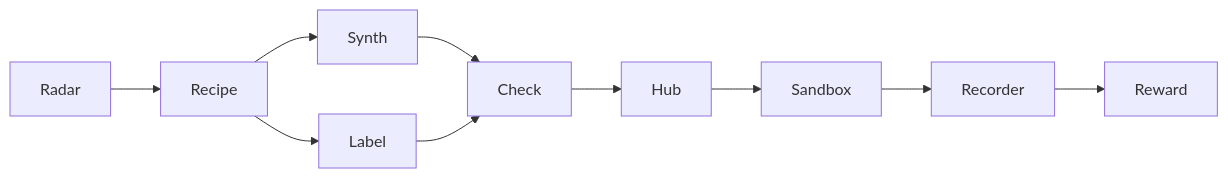
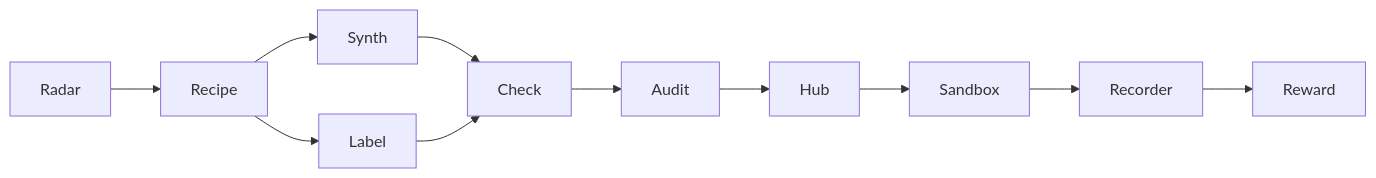
One commit to liuxiaotong/data-synth changed the second of 2 diagrams in README.md. Above: the diagram before and after it, drawn with Mermaid. The commit also changed other lines of this file, not shown here.

Commit message:
生态表格加入 ModelAudit (9→10)

````diff
--- a/README.md
+++ b/README.md
@@ -417,6 +420,6 @@
 ```mermaid
 graph LR
-    A[Radar] --> B[Recipe] --> C[Synth] --> E[Check] --> F[Hub]
+    A[Radar] --> B[Recipe] --> C[Synth] --> E[Check] --> F[Audit] --> G[Hub]
     B --> D[Label] --> E
-    F --> G[Sandbox] --> H[Recorder] --> I[Reward]
+    G --> H[Sandbox] --> I[Recorder] --> J[Reward]
 ```
````
